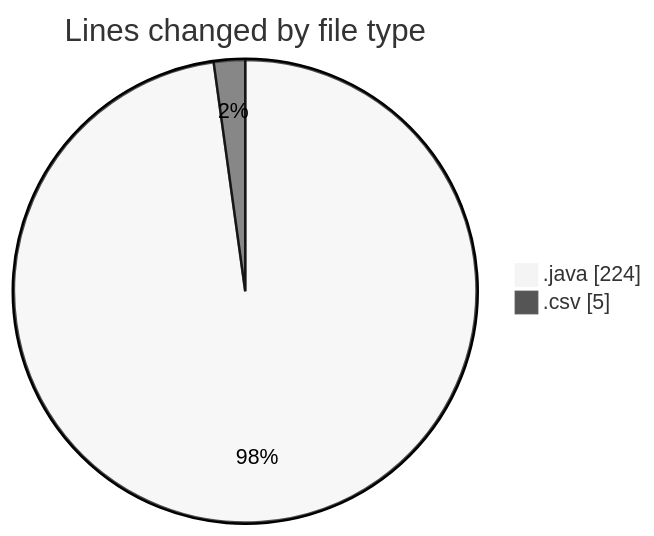
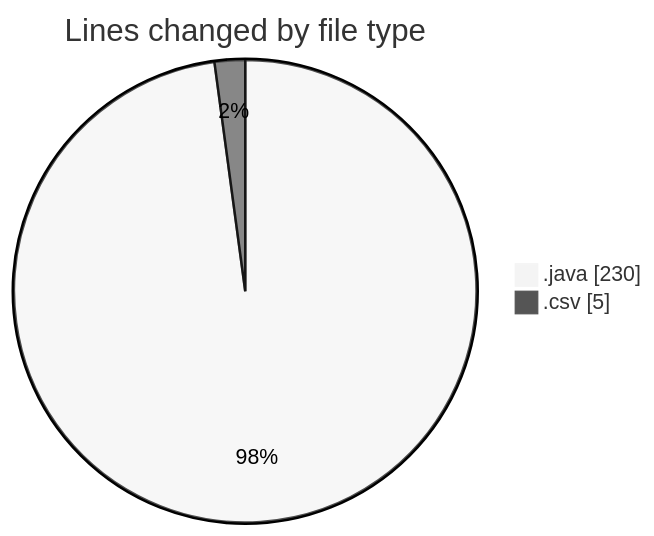
One commit to ricardozamudiocil/code-tracking changed the first of 2 diagrams in 2026-09-10/cilapp/README.md. Above: the diagram before and after it, drawn with Mermaid (neutral theme). The commit also changed other lines of this file and 1 other file, not shown here.

````diff
--- a/2026-09-10/cilapp/README.md
+++ b/2026-09-10/cilapp/README.md
@@ -22,6 +22,6 @@
 ```mermaid
 pie showData
 title Lines changed by file type
-".java" : 224
+".java" : 230
 ".csv" : 5
 ```
````
